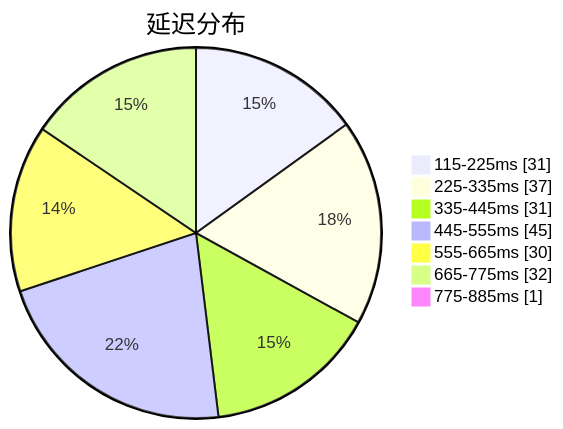
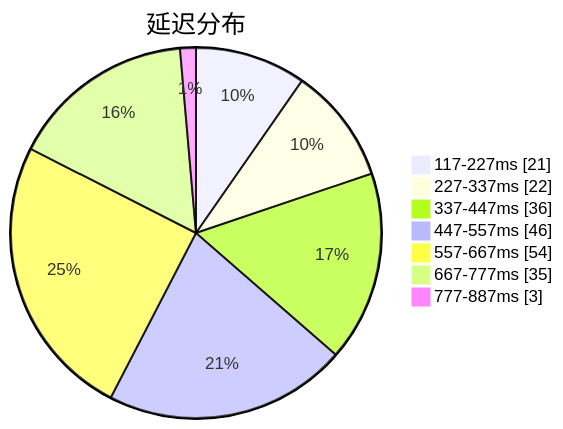
One commit to sinspired/airport changed the first of 3 diagrams in subs/statistics/tested_within.md. Above: the diagram before and after it, drawn with Mermaid. The commit also changed other lines of this file and 2 other files, not shown here.

````diff
--- a/subs/statistics/tested_within.md
+++ b/subs/statistics/tested_within.md
@@ -2,11 +2,11 @@
 ```mermaid
 pie showData
 title 延迟分布
-"115-225ms" : 31
-"225-335ms" : 37
-"335-445ms" : 31
-"445-555ms" : 45
-"555-665ms" : 30
-"665-775ms" : 32
-"775-885ms" : 1
+"117-227ms" : 21
+"227-337ms" : 22
+"337-447ms" : 36
+"447-557ms" : 46
+"557-667ms" : 54
+"667-777ms" : 35
+"777-887ms" : 3
 ```
````
